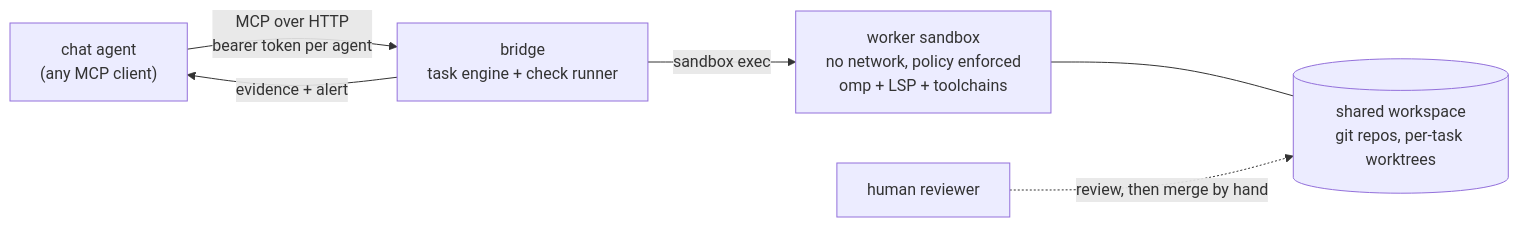
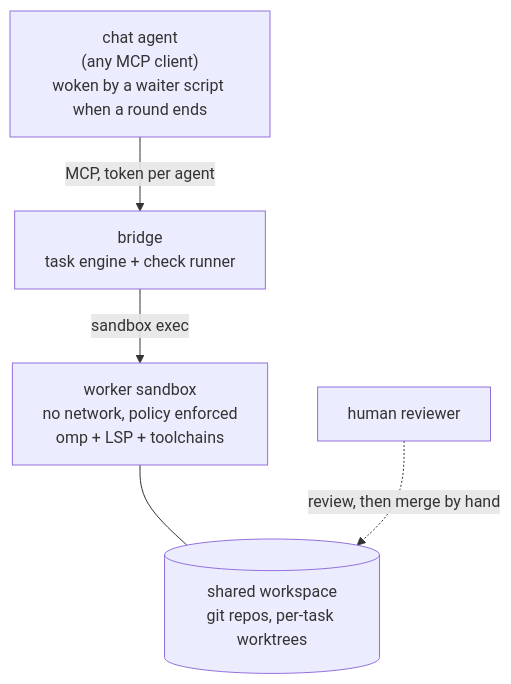
The diagram in README.md (sambegui/sandboxed-delegation), drawn with Mermaid before and after one commit. The commit also changed 1 other file, not shown here.

Commit message:
Docs: lay out the diagrams top-down so no labels overlap

````diff
--- a/README.md
+++ b/README.md
@@ -16,8 +16,12 @@
 ```mermaid
-flowchart LR
-  A["chat agent<br/>(any MCP client)"] -- "MCP over HTTP<br/>bearer token per agent" --> B["bridge<br/>task engine + check runner"]
-  B -- "sandbox exec" --> W["worker sandbox<br/>no network, policy enforced<br/>omp + LSP + toolchains"]
-  W --- V[("shared workspace<br/>git repos, per-task worktrees")]
-  B -- "evidence + alert" --> A
-  H["human reviewer"] -. "review, then merge by hand" .-> V
+flowchart TB
+  A["chat agent<br/>(any MCP client)<br/>woken by a waiter script when a round ends"]
+  B["bridge<br/>task engine + check runner"]
+  W["worker sandbox<br/>no network, policy enforced<br/>omp + LSP + toolchains"]
+  V[("shared workspace<br/>git repos, per-task worktrees")]
+  H["human reviewer"]
+  A -->|"MCP, token per agent"| B
+  B -->|"sandbox exec"| W
+  W --- V
+  H -.->|"review, then merge by hand"| V
 ```
````
